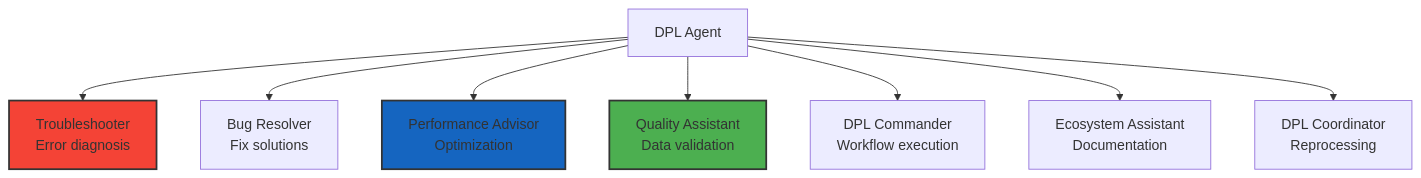
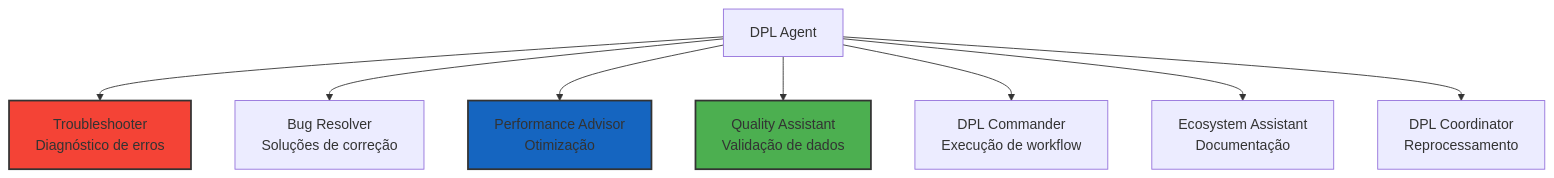
The ninth of 11 diagrams in docs/architecture/agent-flow.md (VictorCappelletto/data_agent_ia_01), drawn with Mermaid before and after one commit. The commit also changed other lines of this file and 11 other files, not shown here.

````diff
--- a/docs/architecture/agent-flow.md
+++ b/docs/architecture/agent-flow.md
@@ -184,14 +184,14 @@
 ```mermaid
 graph TB
-    A[DPL Agent] --> B[Troubleshooter<br/>Error diagnosis]
-    A --> C[Bug Resolver<br/>Fix solutions]
-    A --> D[Performance Advisor<br/>Optimization]
-    A --> E[Quality Assistant<br/>Data validation]
-    A --> F[DPL Commander<br/>Workflow execution]
-    A --> G[Ecosystem Assistant<br/>Documentation]
-    A --> H[DPL Coordinator<br/>Reprocessing]
+    A[DPL Agent] --> B[Troubleshooter<br/>Diagnóstico de erros]
+    A --> C[Bug Resolver<br/>Soluções de correção]
+    A --> D[Performance Advisor<br/>Otimização]
+    A --> E[Quality Assistant<br/>Validação de dados]
+    A --> F[DPL Commander<br/>Execução de workflow]
+    A --> G[Ecosystem Assistant<br/>Documentação]
+    A --> H[DPL Coordinator<br/>Reprocessamento]
     
     style B fill:#f44336,stroke:#333,stroke-width:2px
     style D fill:#1565c0,stroke:#333,stroke-width:2px
     style E fill:#4caf50,stroke:#333,stroke-width:2px
 ```
````
